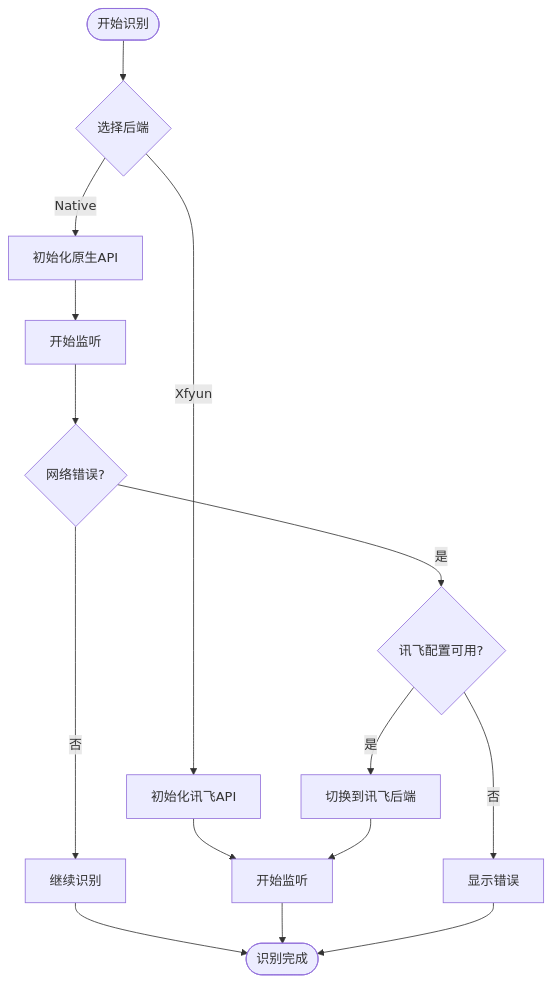
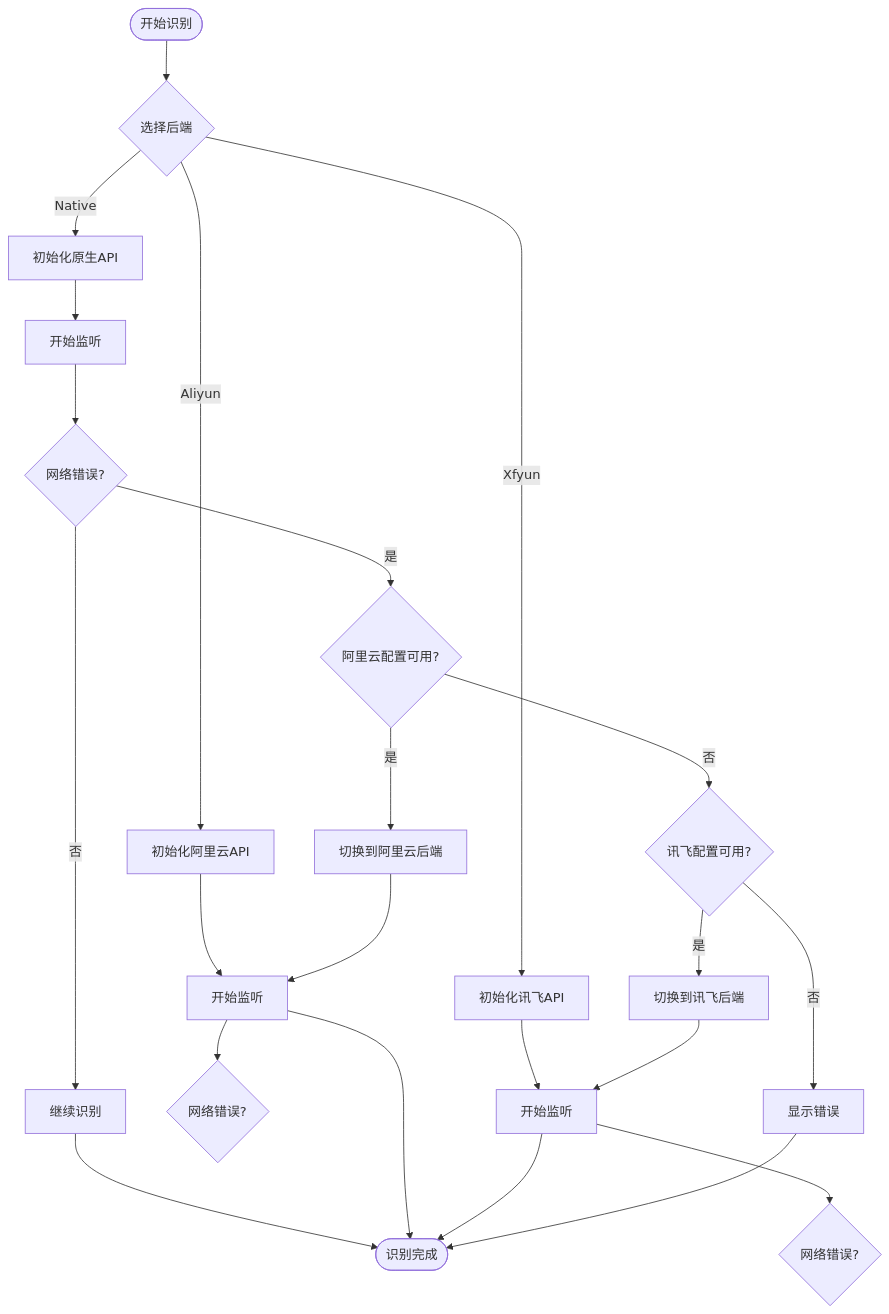
One commit to db300/MySpeechRecognition changed the eighth of 15 diagrams in .qoder/repowiki/zh/content/核心架构设计/核心架构设计.md. Above: the diagram before and after it, drawn with Mermaid. The commit also changed other lines of this file and 26 other files, not shown here.

````diff
--- a/.qoder/repowiki/zh/content/核心架构设计/核心架构设计.md
+++ b/.qoder/repowiki/zh/content/核心架构设计/核心架构设计.md
@@ -312,17 +369,25 @@
 ```mermaid
 flowchart TD
 Start([开始识别]) --> CheckBackend{"选择后端"}
 CheckBackend --> |Native| NativeInit["初始化原生API"]
+CheckBackend --> |Aliyun| AliyunInit["初始化阿里云API"]
 CheckBackend --> |Xfyun| XfyunInit["初始化讯飞API"]
 NativeInit --> NativeListen["开始监听"]
+AliyunInit --> AliyunListen["开始监听"]
 XfyunInit --> XfyunListen["开始监听"]
 NativeListen --> NativeError{"网络错误?"}
-NativeError --> |是| CheckConfig{"讯飞配置可用?"}
+AliyunListen --> AliyunError{"网络错误?"}
+XfyunListen --> XfyunError{"网络错误?"}
+NativeError --> |是| CheckConfig{"阿里云配置可用?"}
 NativeError --> |否| NativeSuccess["继续识别"]
-CheckConfig --> |是| SwitchToXfyun["切换到讯飞后端"]
-CheckConfig --> |否| ShowError["显示错误"]
+CheckConfig --> |是| SwitchToAliyun["切换到阿里云后端"]
+CheckConfig --> |否| CheckXfyun{"讯飞配置可用?"}
+CheckXfyun --> |是| SwitchToXfyun["切换到讯飞后端"]
+CheckXfyun --> |否| ShowError["显示错误"]
+SwitchToAliyun --> AliyunListen
 SwitchToXfyun --> XfyunListen
 NativeSuccess --> End([识别完成])
+AliyunListen --> End
 XfyunListen --> End
 ShowError --> End
 ```
````
